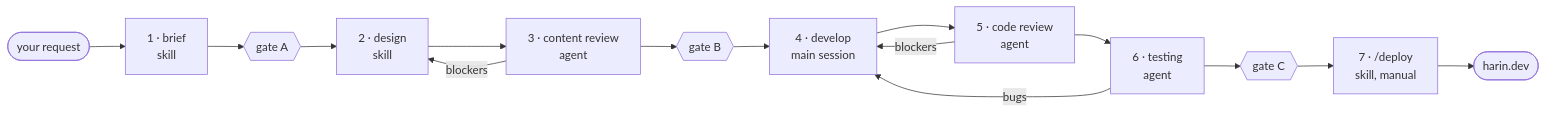
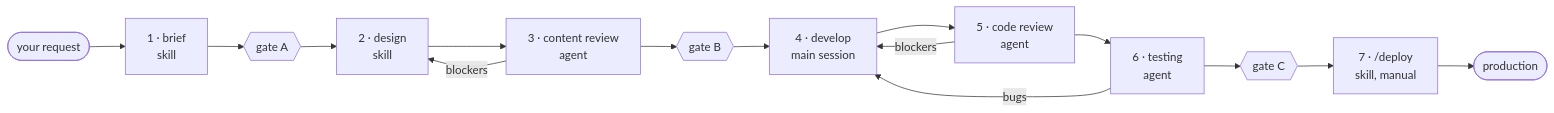
One commit to harin8/harin8.github.io changed the diagram in docs/PIPELINE.md. Above: the diagram before and after it, drawn with Mermaid. The commit also changed other lines of this file and 11 other files, not shown here.

````diff
--- a/docs/PIPELINE.md
+++ b/docs/PIPELINE.md
@@ -15,17 +15,17 @@
 ```mermaid
 flowchart LR
   R([your request]) --> B[1 · brief<br/>skill]
   B --> GA{{gate A}}
   GA --> D[2 · design<br/>skill]
   D --> C[3 · content review<br/>agent]
   C -->|blockers| D
   C --> GB{{gate B}}
   GB --> V[4 · develop<br/>main session]
   V --> CR[5 · code review<br/>agent]
   CR -->|blockers| V
   CR --> Q[6 · testing<br/>agent]
   Q -->|bugs| V
   Q --> GC{{gate C}}
   GC --> DP[7 · /deploy<br/>skill, manual]
-  DP --> P([harin.dev])
+  DP --> P([production])
 ```
````
